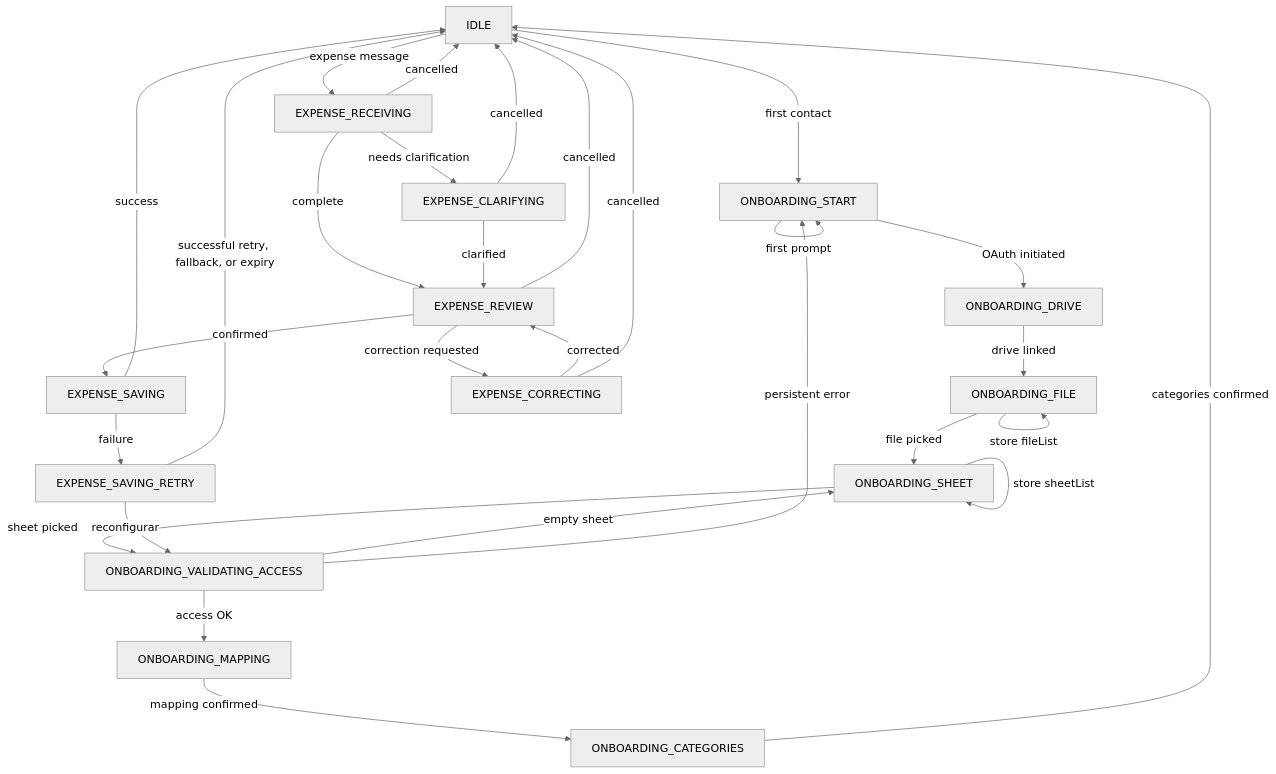
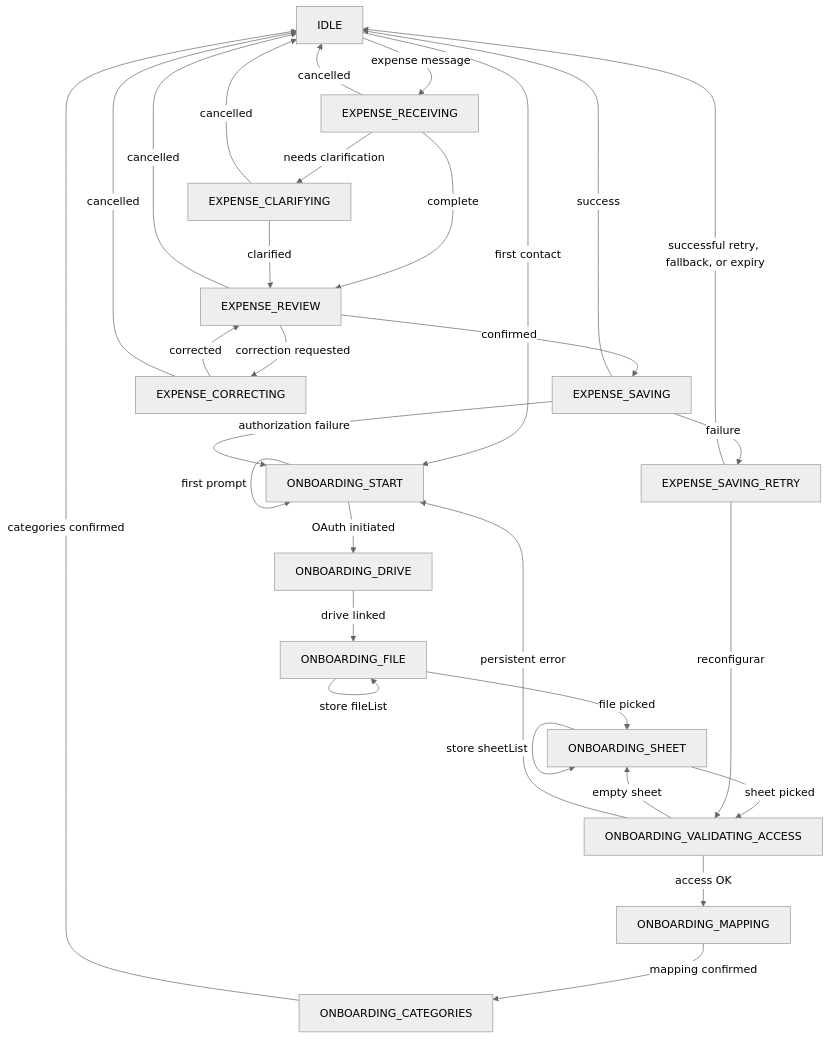
Before and after one commit to nmacenco/gastto: the diagram in docs/architecture/fsm-states.md, drawn with Mermaid (neutral theme). The commit also changed other lines of this file and 12 other files, not shown here.

First line of the commit message:
feat(expense): restore authorization recovery path after save failure

````diff
--- a/docs/architecture/fsm-states.md
+++ b/docs/architecture/fsm-states.md
@@ -53,38 +55,39 @@
 ```mermaid
 flowchart TD
     IDLE -->|first contact| ONBOARDING_START
     IDLE -->|expense message| EXPENSE_RECEIVING
 
     ONBOARDING_START -->|first prompt| ONBOARDING_START
     ONBOARDING_START -->|OAuth initiated| ONBOARDING_DRIVE
     ONBOARDING_DRIVE -->|drive linked| ONBOARDING_FILE
     ONBOARDING_FILE -->|store fileList| ONBOARDING_FILE
     ONBOARDING_FILE -->|file picked| ONBOARDING_SHEET
     ONBOARDING_SHEET -->|store sheetList| ONBOARDING_SHEET
     ONBOARDING_SHEET -->|sheet picked| ONBOARDING_VALIDATING_ACCESS
     ONBOARDING_VALIDATING_ACCESS -->|access OK| ONBOARDING_MAPPING
     ONBOARDING_VALIDATING_ACCESS -->|empty sheet| ONBOARDING_SHEET
     ONBOARDING_VALIDATING_ACCESS -->|persistent error| ONBOARDING_START
     ONBOARDING_MAPPING -->|mapping confirmed| ONBOARDING_CATEGORIES
     ONBOARDING_CATEGORIES -->|categories confirmed| IDLE
 
     EXPENSE_RECEIVING -->|needs clarification| EXPENSE_CLARIFYING
     EXPENSE_RECEIVING -->|complete| EXPENSE_REVIEW
     EXPENSE_RECEIVING -->|cancelled| IDLE
 
     EXPENSE_CLARIFYING -->|clarified| EXPENSE_REVIEW
     EXPENSE_CLARIFYING -->|cancelled| IDLE
 
     EXPENSE_REVIEW -->|confirmed| EXPENSE_SAVING
     EXPENSE_REVIEW -->|correction requested| EXPENSE_CORRECTING
     EXPENSE_REVIEW -->|cancelled| IDLE
 
     EXPENSE_CORRECTING -->|corrected| EXPENSE_REVIEW
     EXPENSE_CORRECTING -->|cancelled| IDLE
 
     EXPENSE_SAVING -->|success| IDLE
     EXPENSE_SAVING -->|failure| EXPENSE_SAVING_RETRY
+    EXPENSE_SAVING -->|authorization failure| ONBOARDING_START
 
     EXPENSE_SAVING_RETRY -->|successful retry, fallback, or expiry| IDLE
     EXPENSE_SAVING_RETRY -->|reconfigurar| ONBOARDING_VALIDATING_ACCESS
 ```
````
